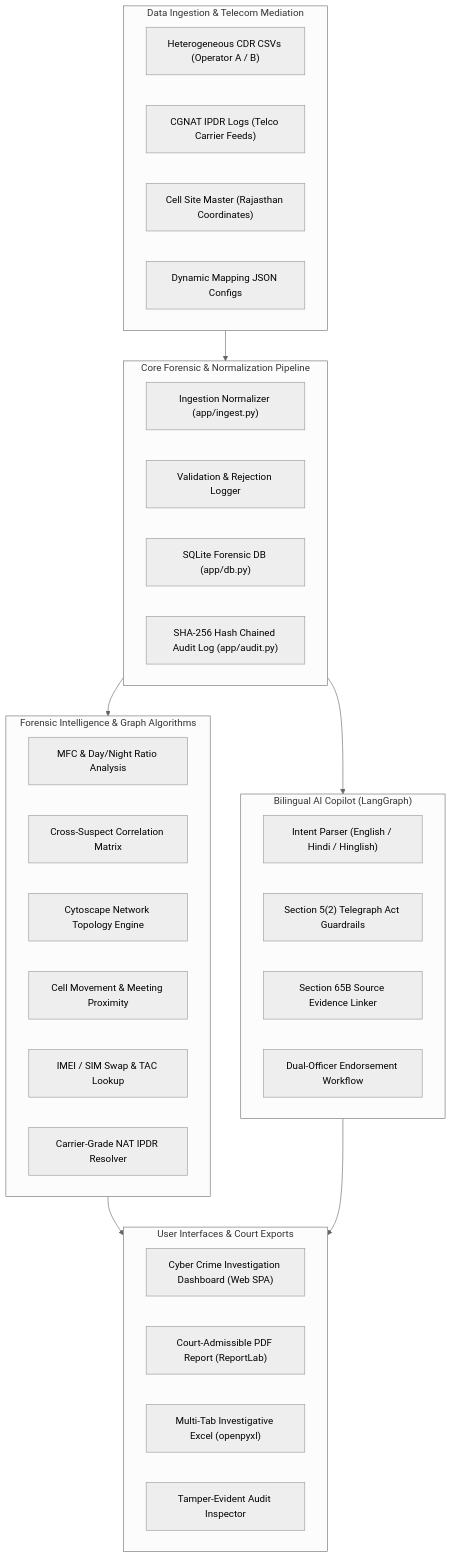
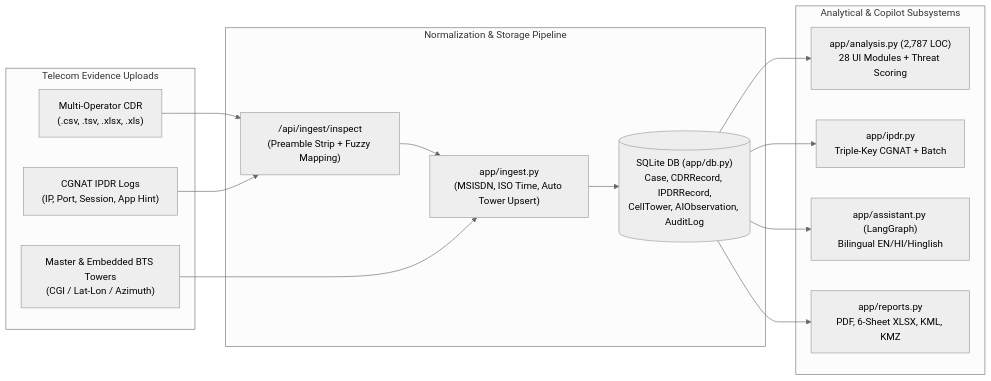
Before and after one commit to JAIDUUU/Anomus-hackthon-rajishtan: the diagram in docs/overview.md, drawn with Mermaid (neutral theme). The commit also changed other lines of this file, not shown here.

Commit message:
docs(overview): document dual-sidebar architecture, 28 modules, and SQLite ORM models

````diff
--- a/docs/overview.md
+++ b/docs/overview.md
@@ -13,45 +15,25 @@
 ```mermaid
-flowchart TD
-    subgraph Data_Sources["Data Ingestion & Telecom Mediation"]
-        A1["Heterogeneous CDR CSVs (Operator A / B)"]
-        A2["CGNAT IPDR Logs (Telco Carrier Feeds)"]
-        A3["Cell Site Master (Rajasthan Coordinates)"]
-        A4["Dynamic Mapping JSON Configs"]
+flowchart LR
+    subgraph Sources["Telecom Evidence Uploads"]
+        CDR["Multi-Operator CDR<br/>(.csv, .tsv, .xlsx, .xls)"]
+        IPDR["CGNAT IPDR Logs<br/>(IP, Port, Session, App Hint)"]
+        TowerCSV["Master & Embedded BTS Towers<br/>(CGI / Lat-Lon / Azimuth)"]
     end
 
-    subgraph Core_Engine["Core Forensic & Normalization Pipeline"]
-        B1["Ingestion Normalizer (app/ingest.py)"]
-        B2["Validation & Rejection Logger"]
-        B3["SQLite Forensic DB (app/db.py)"]
-        B4["SHA-256 Hash Chained Audit Log (app/audit.py)"]
+    subgraph Pipeline["Normalization & Storage Pipeline"]
+        Inspect["/api/ingest/inspect<br/>(Preamble Strip + Fuzzy Mapping)"]
+        Ingest["app/ingest.py<br/>(MSISDN, ISO Time, Auto Tower Upsert)"]
+        DB[("SQLite DB (app/db.py)<br/>Case, CDRRecord, IPDRRecord,<br/>CellTower, AIObservation, AuditLog")]
     end
 
-    subgraph Analytics_Layer["Forensic Intelligence & Graph Algorithms"]
-        C1["MFC & Day/Night Ratio Analysis"]
-        C2["Cross-Suspect Correlation Matrix"]
-        C3["Cytoscape Network Topology Engine"]
-        C4["Cell Movement & Meeting Proximity"]
-        C5["IMEI / SIM Swap & TAC Lookup"]
-        C6["Carrier-Grade NAT IPDR Resolver"]
+    subgraph Intelligence["Analytical & Copilot Subsystems"]
+        Analytics["app/analysis.py (2,787 LOC)<br/>28 UI Modules + Threat Scoring"]
+        Resolver["app/ipdr.py<br/>Triple-Key CGNAT + Batch"]
+        AI["app/assistant.py (LangGraph)<br/>Bilingual EN/HI/Hinglish"]
+        Exports["app/reports.py<br/>PDF, 6-Sheet XLSX, KML, KMZ"]
     end
 
-    subgraph AI_Copilot["Bilingual AI Copilot (LangGraph)"]
-        D1["Intent Parser (English / Hindi / Hinglish)"]
-        D2["Section 5(2) Telegraph Act Guardrails"]
-        D3["Section 65B Source Evidence Linker"]
-        D4["Dual-Officer Endorsement Workflow"]
-    end
-
-    subgraph Presentation_Layer["User Interfaces & Court Exports"]
-        E1["Cyber Crime Investigation Dashboard (Web SPA)"]
-        E2["Court-Admissible PDF Report (ReportLab)"]
-        E3["Multi-Tab Investigative Excel (openpyxl)"]
-        E4["Tamper-Evident Audit Inspector"]
-    end
-
-    Data_Sources --> Core_Engine
-    Core_Engine --> Analytics_Layer
-    Core_Engine --> AI_Copilot
-    Analytics_Layer --> Presentation_Layer
-    AI_Copilot --> Presentation_Layer
+    CDR & IPDR --> Inspect --> Ingest --> DB
+    TowerCSV --> Ingest
+    DB --> Analytics & Resolver & AI & Exports
 ```
````
